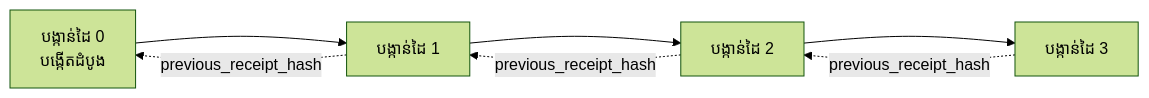
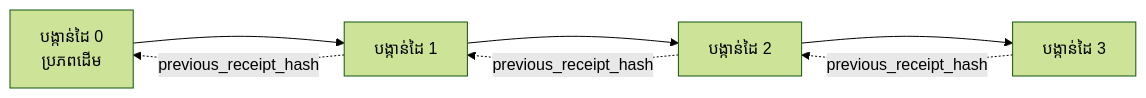
Before and after one commit to gabrielmoreira/agent-skills-mirror: the second of 2 diagrams in mirrors/repos/microsoft@ai-agents-for-beginners/translations/km/18-securing-ai-agents/README.md, drawn with Mermaid (forest theme). The commit also changed other lines of this file and 8886 other files, not shown here.

````diff
--- a/mirrors/repos/microsoft@ai-agents-for-beginners/translations/km/18-securing-ai-agents/README.md
+++ b/mirrors/repos/microsoft@ai-agents-for-beginners/translations/km/18-securing-ai-agents/README.md
@@ -206,9 +206,9 @@
 ```mermaid
 flowchart LR
-    R0[បង្កាន់ដៃ 0<br/>បង្កើតដំបូង] --> R1[បង្កាន់ដៃ 1]
+    R0[បង្កាន់ដៃ 0<br/>ប្រភពដើម] --> R1[បង្កាន់ដៃ 1]
     R1 --> R2[បង្កាន់ដៃ 2]
     R2 --> R3[បង្កាន់ដៃ 3]
     R1 -. previous_receipt_hash .-> R0
     R2 -. previous_receipt_hash .-> R1
     R3 -. previous_receipt_hash .-> R2
 ```
````
